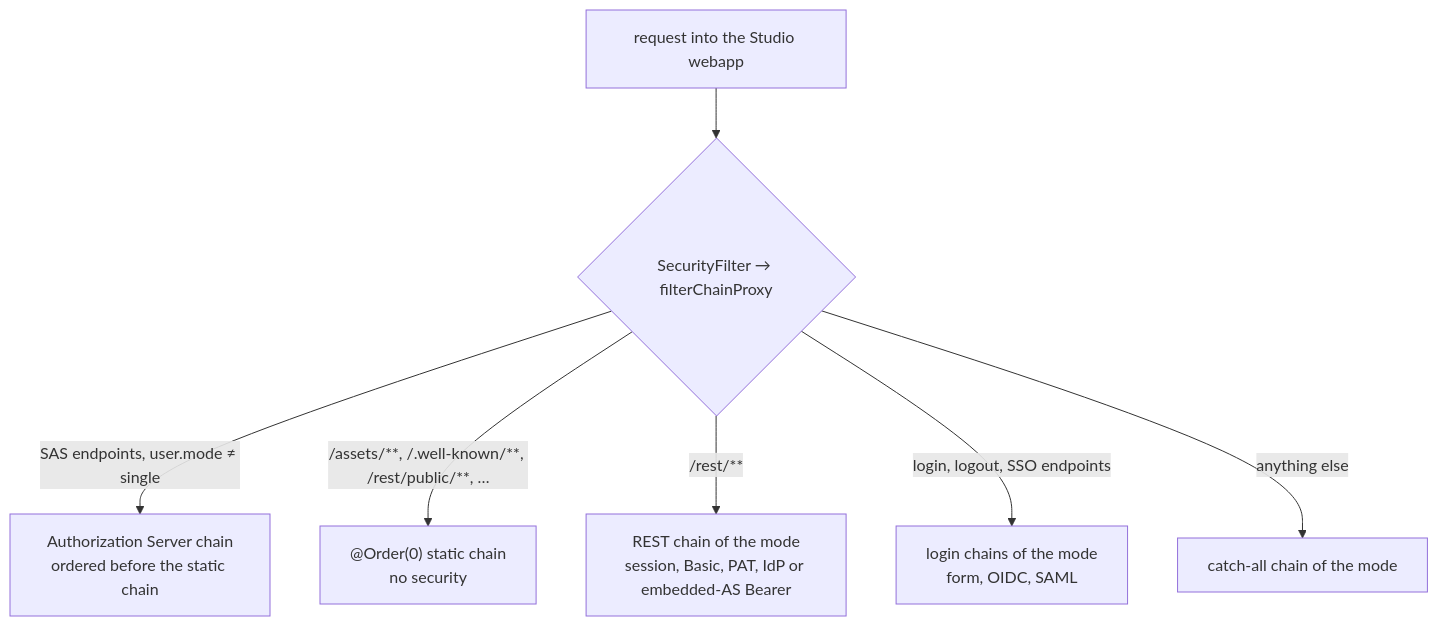
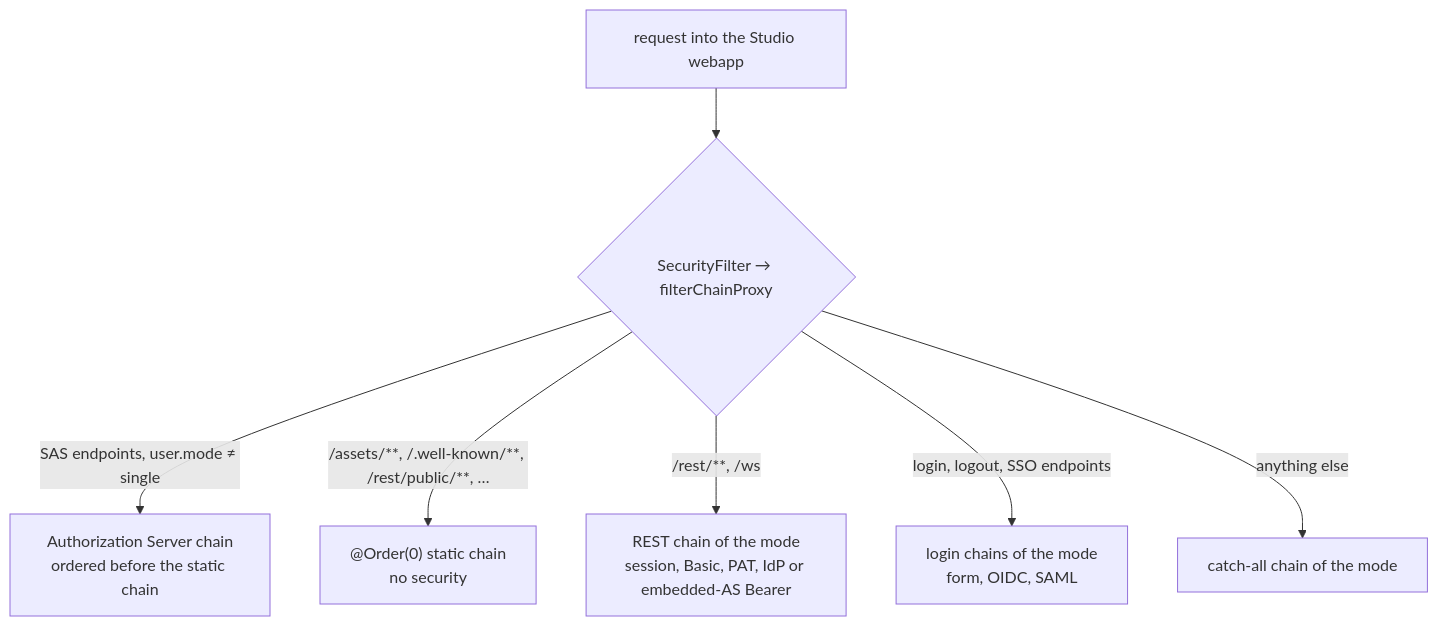
One commit to openl-tablets/openl-tablets changed the fourth of 6 diagrams in Docs/architecture/mcp-server-jetty-architecture.md. Above: the diagram before and after it, drawn with Mermaid. The commit also changed other lines of this file and 40 other files, not shown here.

````diff
--- a/Docs/architecture/mcp-server-jetty-architecture.md
+++ b/Docs/architecture/mcp-server-jetty-architecture.md
@@ -490,9 +490,9 @@
 ```mermaid
 flowchart TB
     R["request into the Studio webapp"] --> F{"SecurityFilter → filterChainProxy"}
     F -->|"SAS endpoints, user.mode ≠ single"| C0["Authorization Server chain<br/>ordered before the static chain"]
     F -->|"/assets/**, /.well-known/**, /rest/public/**, …"| C1["@Order(0) static chain<br/>no security"]
-    F -->|"/rest/**"| C2["REST chain of the mode<br/>session, Basic, PAT, IdP or embedded-AS Bearer"]
+    F -->|"/rest/**, /ws"| C2["REST chain of the mode<br/>session, Basic, PAT, IdP or embedded-AS Bearer"]
     F -->|"login, logout, SSO endpoints"| C3["login chains of the mode<br/>form, OIDC, SAML"]
     F -->|"anything else"| C4["catch-all chain of the mode"]
 ```
````
